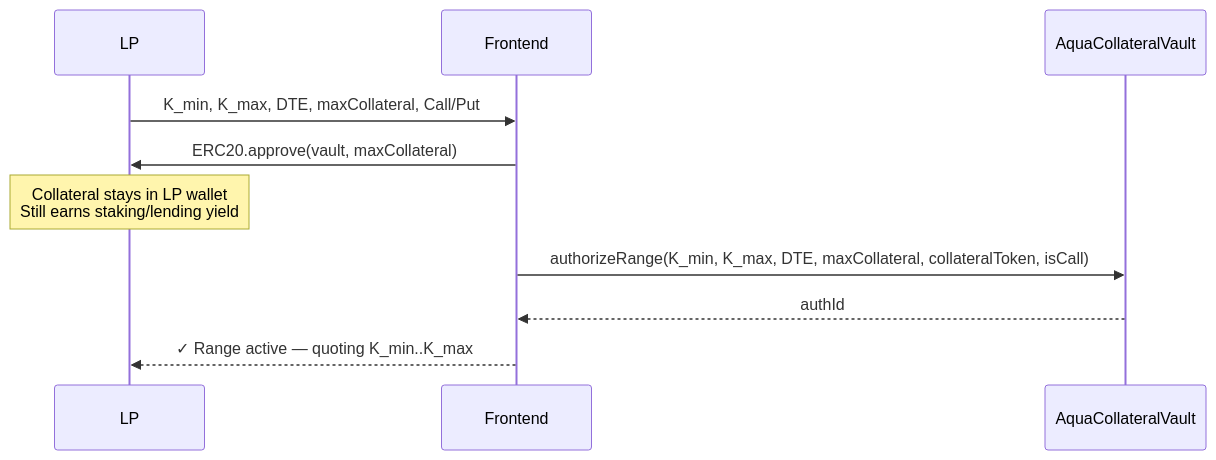
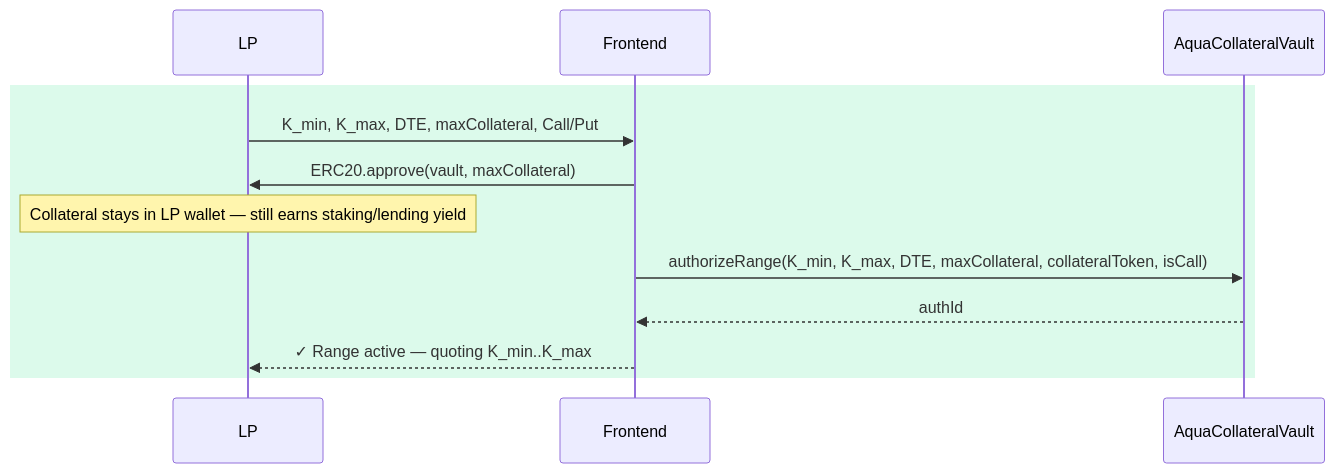
Before and after one commit to oslinin/Smile: the second of 7 diagrams in README.md, drawn with Mermaid. The commit also changed other lines of this file, not shown here.

Commit message:
Color-code all Mermaid diagrams by sponsor (green=1inch, pink=Uniswap, blue=Chainlink)

````diff
--- a/README.md
+++ b/README.md
@@ -123,13 +129,15 @@
 ```mermaid
 sequenceDiagram
     participant LP
     participant Frontend
     participant Vault as AquaCollateralVault
 
+    rect rgb(220, 250, 235)
     LP->>Frontend: K_min, K_max, DTE, maxCollateral, Call/Put
     Frontend->>LP: ERC20.approve(vault, maxCollateral)
-    Note over LP: Collateral stays in LP wallet<br/>Still earns staking/lending yield
+    Note over LP: Collateral stays in LP wallet — still earns staking/lending yield
     Frontend->>Vault: authorizeRange(K_min, K_max, DTE, maxCollateral, collateralToken, isCall)
     Vault-->>Frontend: authId
     Frontend-->>LP: ✓ Range active — quoting K_min..K_max
+    end
 ```
````
